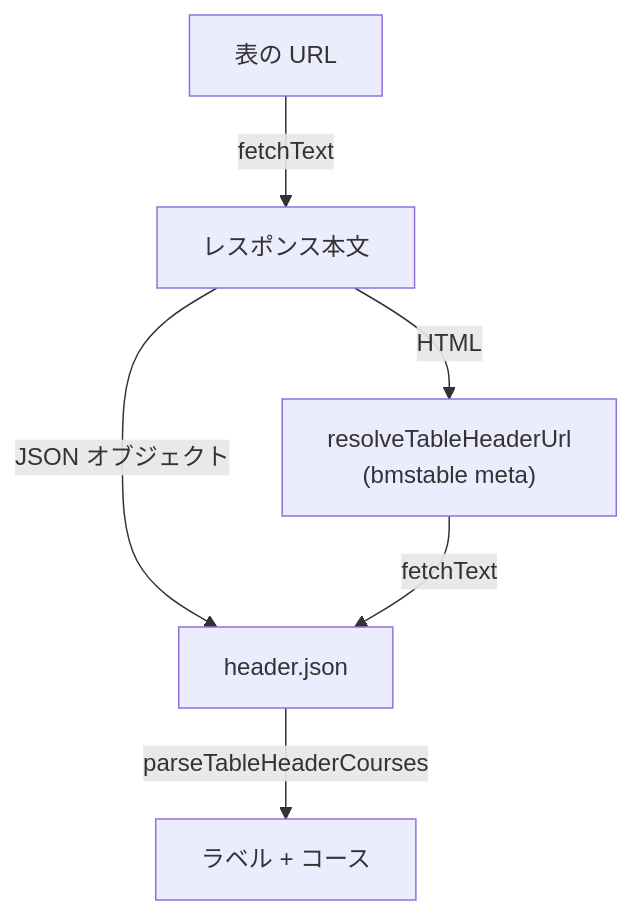
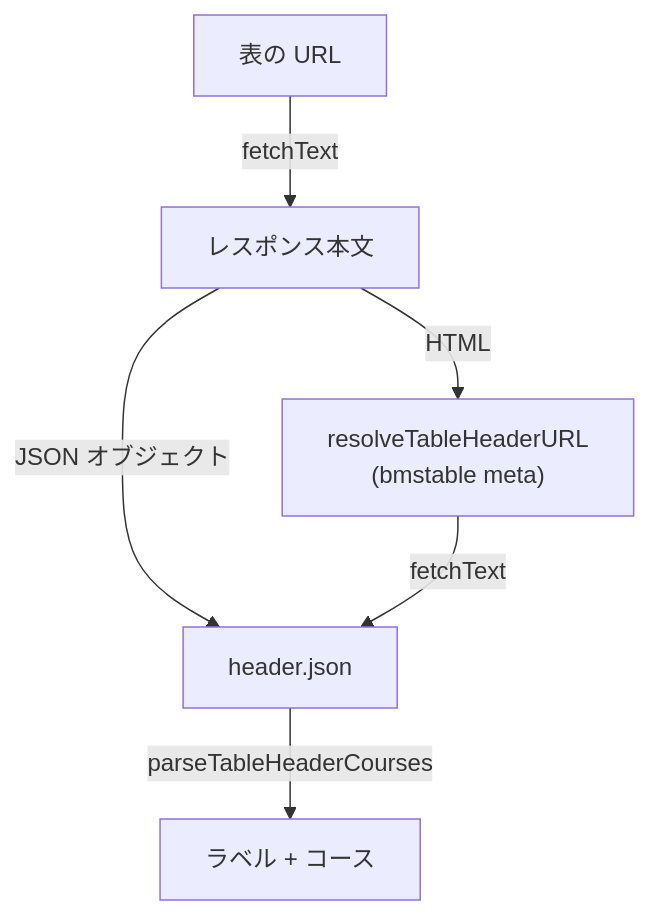
One commit to nulltask/be-music changed the second of 8 diagrams in docs/course.ja.md. Above: the diagram before and after it, drawn with Mermaid. The commit also changed other lines of this file and 921 other files, not shown here.

````diff
--- a/docs/course.ja.md
+++ b/docs/course.ja.md
@@ -82,8 +82,8 @@
 ```mermaid
 flowchart TD
   url["表の URL"] -->|fetchText| body["レスポンス本文"]
   body -->|JSON オブジェクト| header["header.json"]
-  body -->|HTML| meta["resolveTableHeaderUrl<br/>(bmstable meta)"]
+  body -->|HTML| meta["resolveTableHeaderURL<br/>(bmstable meta)"]
   meta -->|fetchText| header
   header -->|parseTableHeaderCourses| result["ラベル + コース"]
 ```
````
